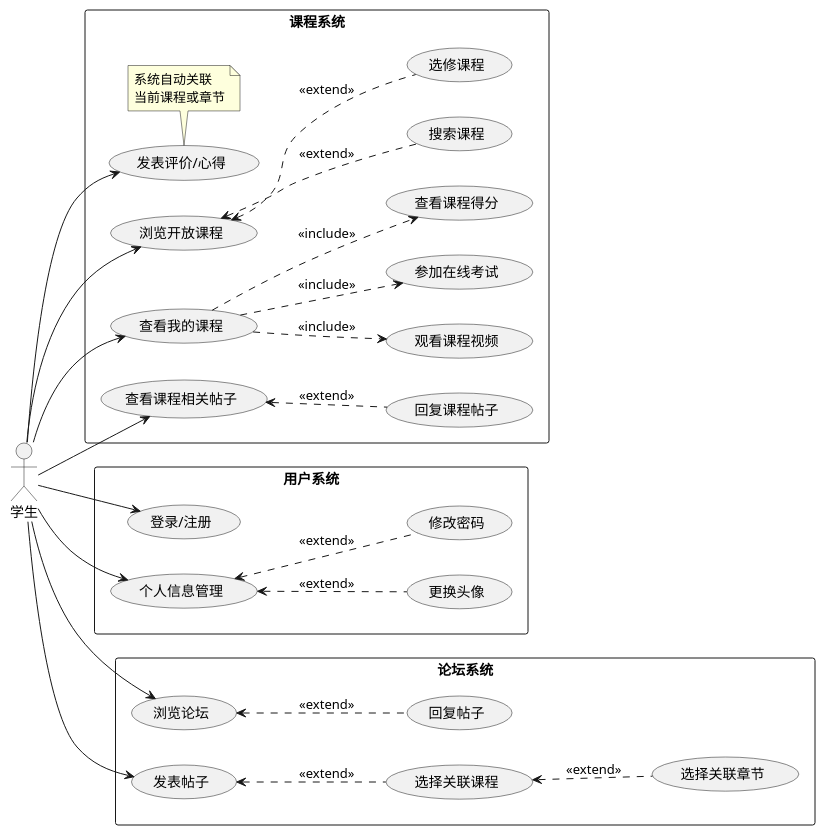
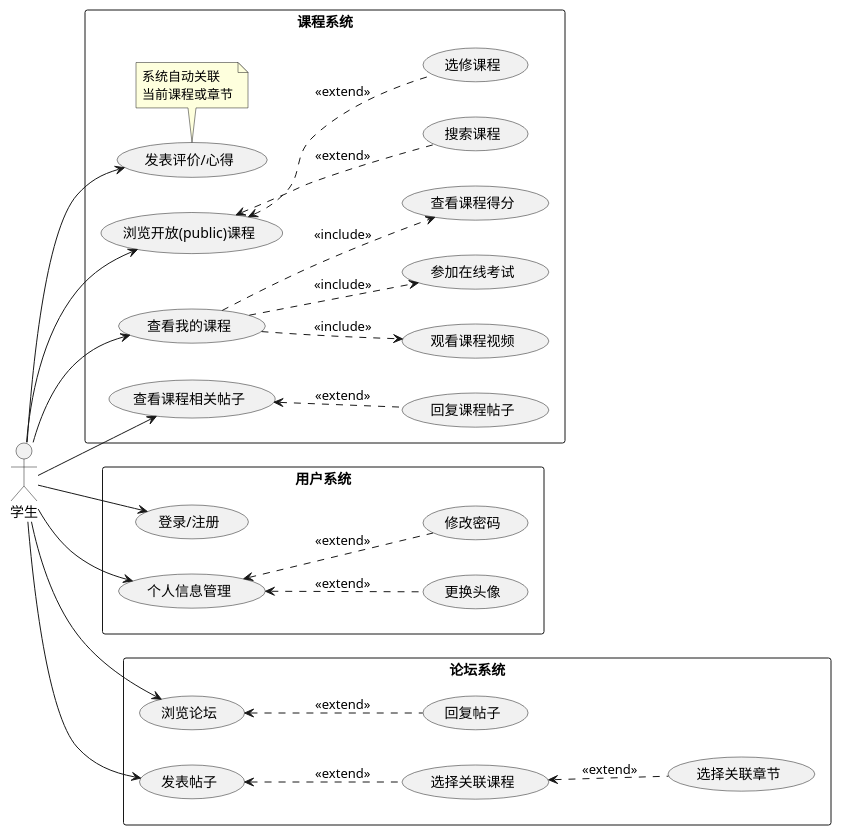
Before and after one commit to UserKei/Edu-Hub: the diagram in puml/UseCase/Student.puml, drawn with PlantUML. The commit also changed 4 other files, not shown here.

First line of the commit message:
feat(design): finalize main.dbml and update use case diagrams

```diff
--- a/puml/UseCase/Student.puml
+++ b/puml/UseCase/Student.puml
@@ -1,83 +1,83 @@
 @startuml Student
 left to right direction
 skinparam packageStyle rectangle
 
 actor "学生" as Student
 
 package "用户系统" {
     usecase "登录/注册" as UC_Auth
     usecase "个人信息管理" as UC_Profile
     
     usecase "更换头像" as UC_Avatar
     usecase "修改密码" as UC_Pwd
     
     ' 关系
     UC_Profile <.. UC_Avatar : <<extend>>
     UC_Profile <.. UC_Pwd : <<extend>>
 }
 
 package "课程系统" {
     ' --- 选课前 ---
-    usecase "浏览开放课程" as UC_Browse
+    usecase "浏览开放(public)课程" as UC_Browse
     usecase "搜索课程" as UC_Search
     usecase "选修课程" as UC_Enroll
     
     ' --- 选课后 (学习) ---
     usecase "查看我的课程" as UC_MyCourse
     usecase "观看课程视频" as UC_Watch
     usecase "参加在线考试" as UC_Exam
     usecase "查看课程得分" as UC_Score
     
     ' --- 课程内互动 ---
     usecase "发表评价/心得" as UC_Evaluate
     note bottom of UC_Evaluate : 系统自动关联\n当前课程或章节
 
     usecase "查看课程相关帖子" as UC_ViewCoursePost
     usecase "回复课程帖子" as UC_ReplyCoursePost
 }
 
 package "论坛系统" {
     ' --- 浏览 ---
     usecase "浏览论坛" as UC_BrowseForum
     usecase "回复帖子" as UC_Reply
     
     ' --- 发帖 (多级关联) ---
     usecase "发表帖子" as UC_Post
     usecase "选择关联课程" as UC_LinkCourse
     usecase "选择关联章节" as UC_LinkChapter
 }
 
 ' === 连线关系 ===
 
 ' 1. 用户基础
 Student --> UC_Auth
 Student --> UC_Profile
 
 ' 2. 课程浏览
 Student --> UC_Browse
 UC_Browse <.. UC_Search : <<extend>>
 UC_Browse <.. UC_Enroll : <<extend>>
 
 ' 3. 课程学习
 Student --> UC_MyCourse
 UC_MyCourse ..> UC_Watch : <<include>>
 UC_MyCourse ..> UC_Exam : <<include>>
 UC_MyCourse ..> UC_Score : <<include>>
 
 ' 课程内互动
 Student --> UC_Evaluate
 Student --> UC_ViewCoursePost
 UC_ViewCoursePost <.. UC_ReplyCoursePost : <<extend>>
 
 ' 4. 论坛互动
 Student --> UC_BrowseForum
 UC_BrowseForum <.. UC_Reply : <<extend>>
 
 Student --> UC_Post
 
 ' [核心逻辑] 发帖时的层级关联：
 ' 发帖 -> (可选)关联课程 -> (可选)关联该课程下的章节
 UC_Post <.. UC_LinkCourse : <<extend>>
 UC_LinkCourse <.. UC_LinkChapter : <<extend>>
 
 @enduml
```
